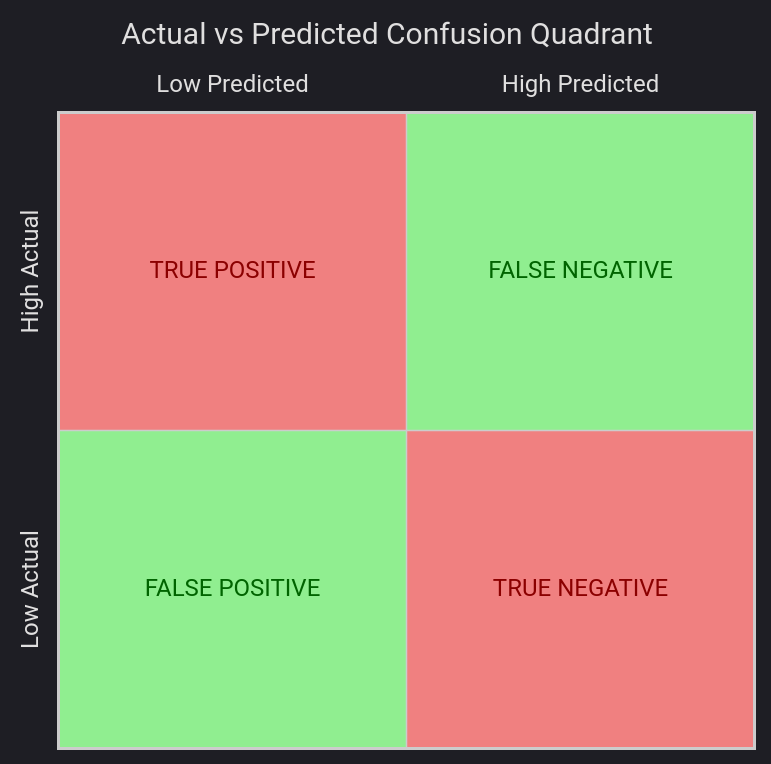
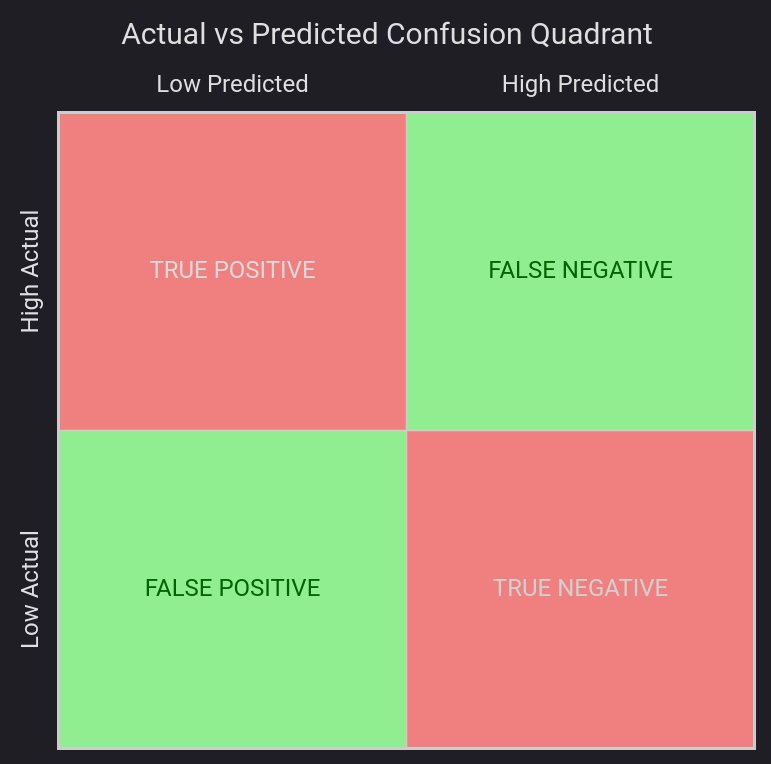
Before and after one commit to VanshDeshwal/notes: the seventh of 7 diagrams in Data Science Notes/100 days of ML/Machine Learning Notes.md, drawn with Mermaid.

Commit message:
vault backup: 2025-08-05 01:31:52

````diff
--- a/Data Science Notes/100 days of ML/Machine Learning Notes.md
+++ b/Data Science Notes/100 days of ML/Machine Learning Notes.md
@@ -1555,24 +1555,23 @@
 ```mermaid
 %%{init: {
   "theme": "dark",
   "themeVariables": {
     "quadrant1Fill": "#90ee90",
     "quadrant1TextFill": "#006400",
     "quadrant2Fill": "#f08080",
-    "quadrant2TextFill": "#8b0000",
     "quadrant3Fill": "#90ee90",
     "quadrant3TextFill": "#006400",
-    "quadrant4Fill": "#f08080",
-    "quadrant4TextFill": "#8b0000"
+    "quadrant4Fill": "#f08080"
+ 
   }
 }}%%
 quadrantChart
     title Actual vs Predicted Confusion Quadrant
     x-axis Low Predicted --> High Predicted
     y-axis Low Actual --> High Actual
     quadrant-1 FALSE NEGATIVE
     quadrant-2 TRUE POSITIVE
     quadrant-3 FALSE POSITIVE
     quadrant-4 TRUE NEGATIVE
 
 ```
````
